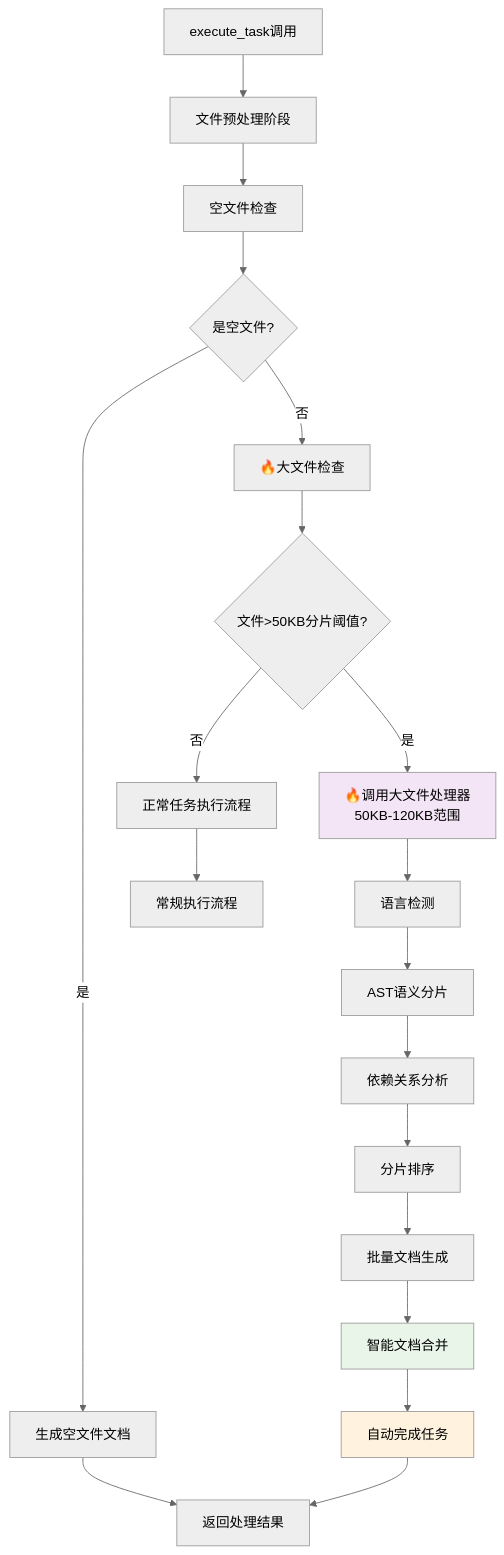
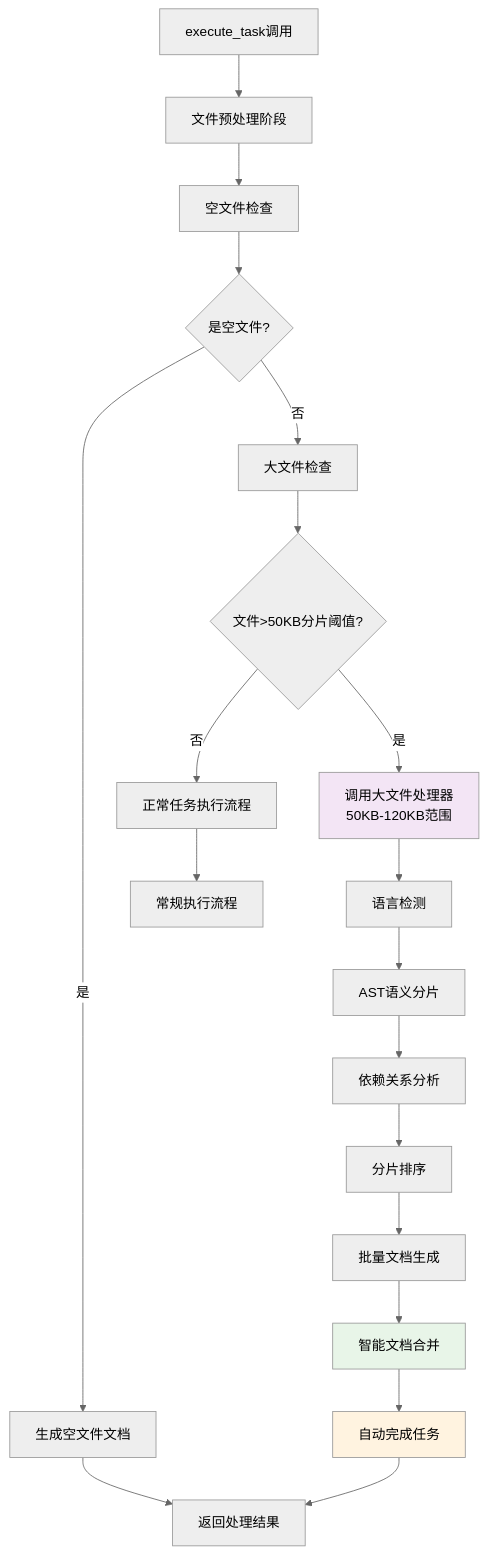
One commit to MGX-LJY/CodeLens changed the first of 3 diagrams in docs/files/summaries/src/mcp_tools/task_execute.py.md. Above: the diagram before and after it, drawn with Mermaid (neutral theme). The commit also changed other lines of this file and 10 other files, not shown here.

````diff
--- a/docs/files/summaries/src/mcp_tools/task_execute.py.md
+++ b/docs/files/summaries/src/mcp_tools/task_execute.py.md
@@ -153,28 +159,28 @@
 ```mermaid
 graph TD
     A[execute_task调用] --> B[文件预处理阶段]
     B --> C[空文件检查]
     C --> D{是空文件?}
     D -->|是| E[生成空文件文档]
-    D -->|否| F[🔥大文件检查]
+    D -->|否| F[大文件检查]
     
     F --> G{文件>50KB分片阈值?}
     G -->|否| H[正常任务执行流程]
-    G -->|是| I[🔥调用大文件处理器\n50KB-120KB范围]
+    G -->|是| I[调用大文件处理器\n50KB-120KB范围]
     
     I --> J[语言检测]
     J --> K[AST语义分片]
     K --> L[依赖关系分析]
     L --> M[分片排序]
     M --> N[批量文档生成]
     N --> O[智能文档合并]
     O --> P[自动完成任务]
     
     E --> Q[返回处理结果]
     P --> Q
     H --> R[常规执行流程]
     
     style I fill:#f3e5f5
     style O fill:#e8f5e8
     style P fill:#fff3e0
 ```
````
